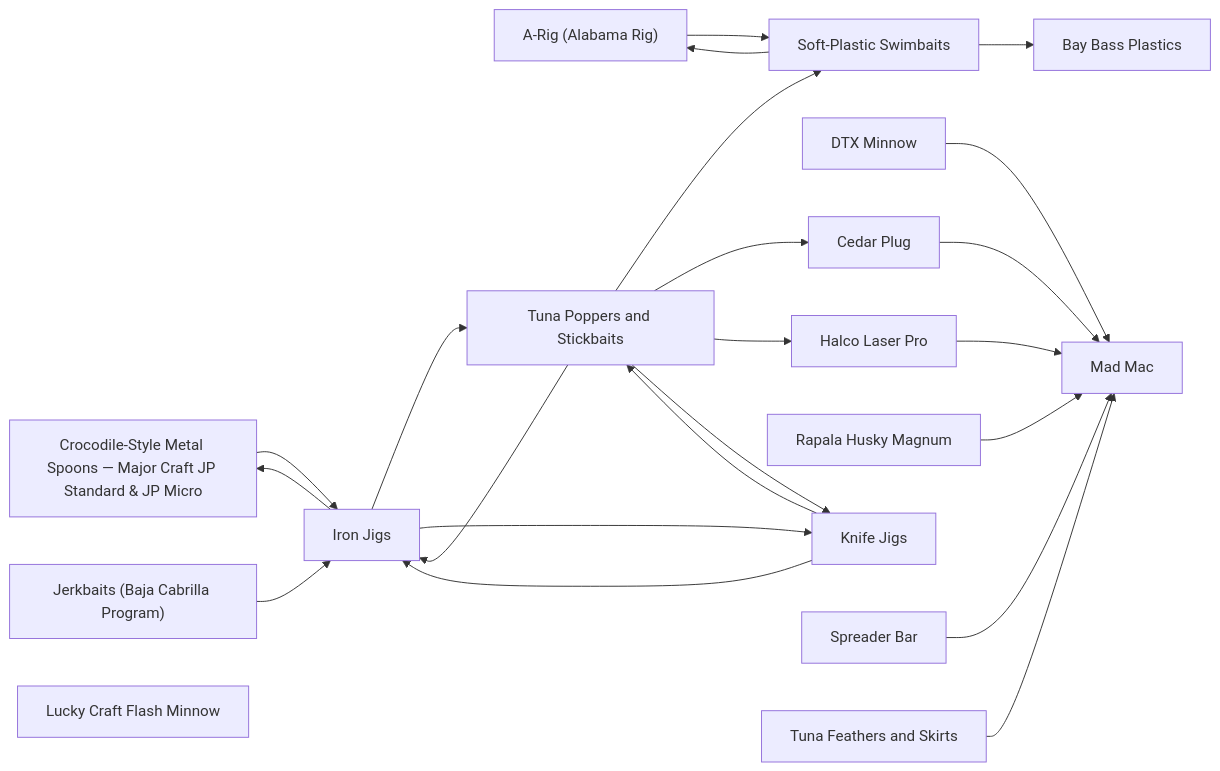
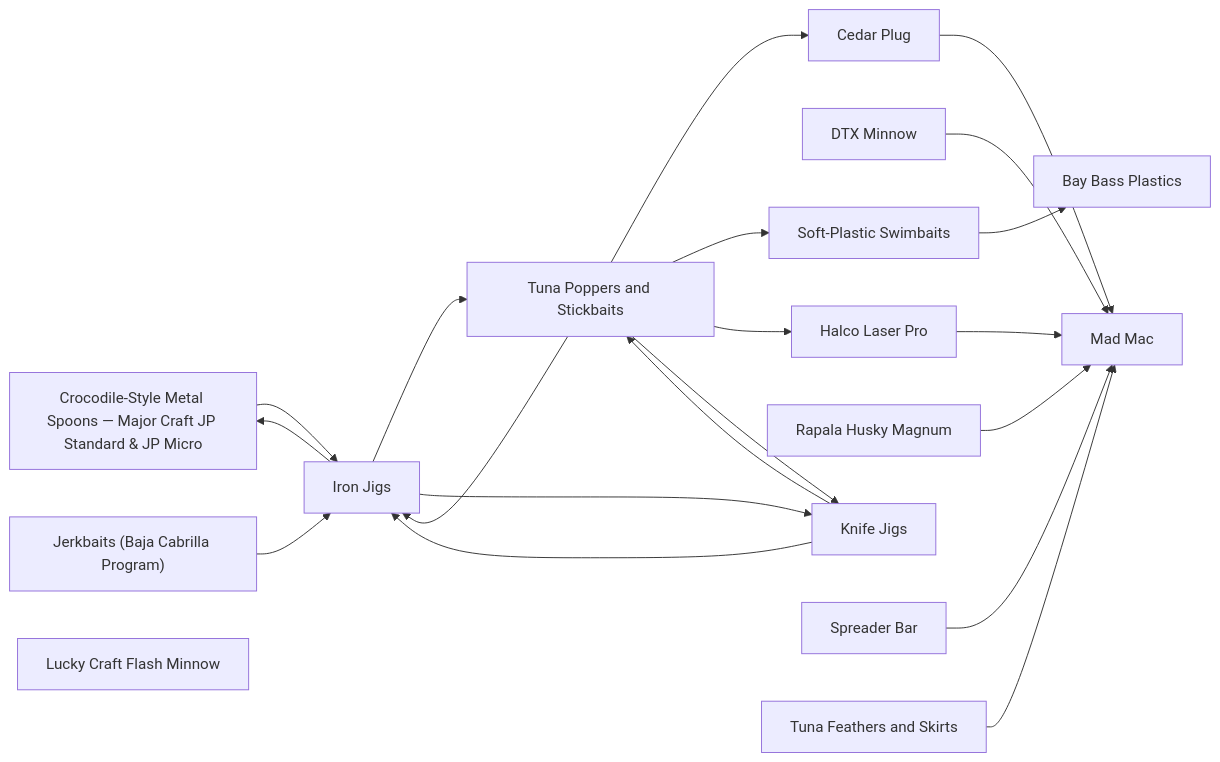
Before and after one commit to camchuckpete-max/Socal-Fishing-Knowledge: the diagram in lures/README.md, drawn with Mermaid. The commit also changed other lines of this file and 7 other files, not shown here.

````diff
--- a/lures/README.md
+++ b/lures/README.md
@@ -29,40 +28,37 @@
 ```mermaid
 graph LR
-  n0["A-Rig (Alabama Rig)"]
-  n1["Bay Bass Plastics"]
-  n2["Cedar Plug"]
-  n3["Crocodile-Style Metal Spoons — Major Craft JP Standard & JP Micro"]
-  n4["DTX Minnow"]
-  n5["Halco Laser Pro"]
-  n6["Iron Jigs"]
-  n7["Jerkbaits (Baja Cabrilla Program)"]
-  n8["Knife Jigs"]
-  n9["Lucky Craft Flash Minnow"]
-  n10["Mad Mac"]
-  n11["Rapala Husky Magnum"]
-  n12["Soft-Plastic Swimbaits"]
-  n13["Spreader Bar"]
-  n14["Tuna Feathers and Skirts"]
-  n15["Tuna Poppers and Stickbaits"]
-  n0 --> n12
-  n11 --> n10
-  n12 --> n0
-  n12 --> n1
-  n13 --> n10
-  n14 --> n10
-  n15 --> n12
-  n15 --> n2
-  n15 --> n5
-  n15 --> n6
-  n15 --> n8
-  n2 --> n10
-  n3 --> n6
-  n4 --> n10
-  n5 --> n10
-  n6 --> n15
-  n6 --> n3
-  n6 --> n8
-  n7 --> n6
-  n8 --> n15
-  n8 --> n6
+  n0["Bay Bass Plastics"]
+  n1["Cedar Plug"]
+  n2["Crocodile-Style Metal Spoons — Major Craft JP Standard & JP Micro"]
+  n3["DTX Minnow"]
+  n4["Halco Laser Pro"]
+  n5["Iron Jigs"]
+  n6["Jerkbaits (Baja Cabrilla Program)"]
+  n7["Knife Jigs"]
+  n8["Lucky Craft Flash Minnow"]
+  n9["Mad Mac"]
+  n10["Rapala Husky Magnum"]
+  n11["Soft-Plastic Swimbaits"]
+  n12["Spreader Bar"]
+  n13["Tuna Feathers and Skirts"]
+  n14["Tuna Poppers and Stickbaits"]
+  n1 --> n9
+  n10 --> n9
+  n11 --> n0
+  n12 --> n9
+  n13 --> n9
+  n14 --> n1
+  n14 --> n11
+  n14 --> n4
+  n14 --> n5
+  n14 --> n7
+  n2 --> n5
+  n3 --> n9
+  n4 --> n9
+  n5 --> n14
+  n5 --> n2
+  n5 --> n7
+  n6 --> n5
+  n7 --> n14
+  n7 --> n5
 ```
````
